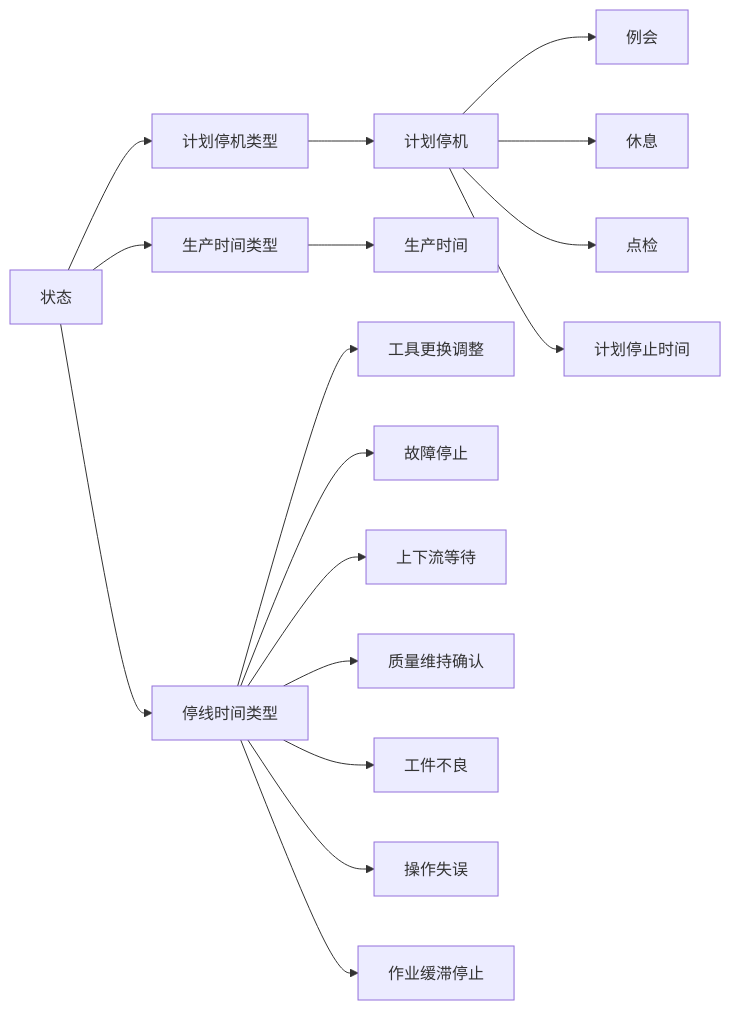
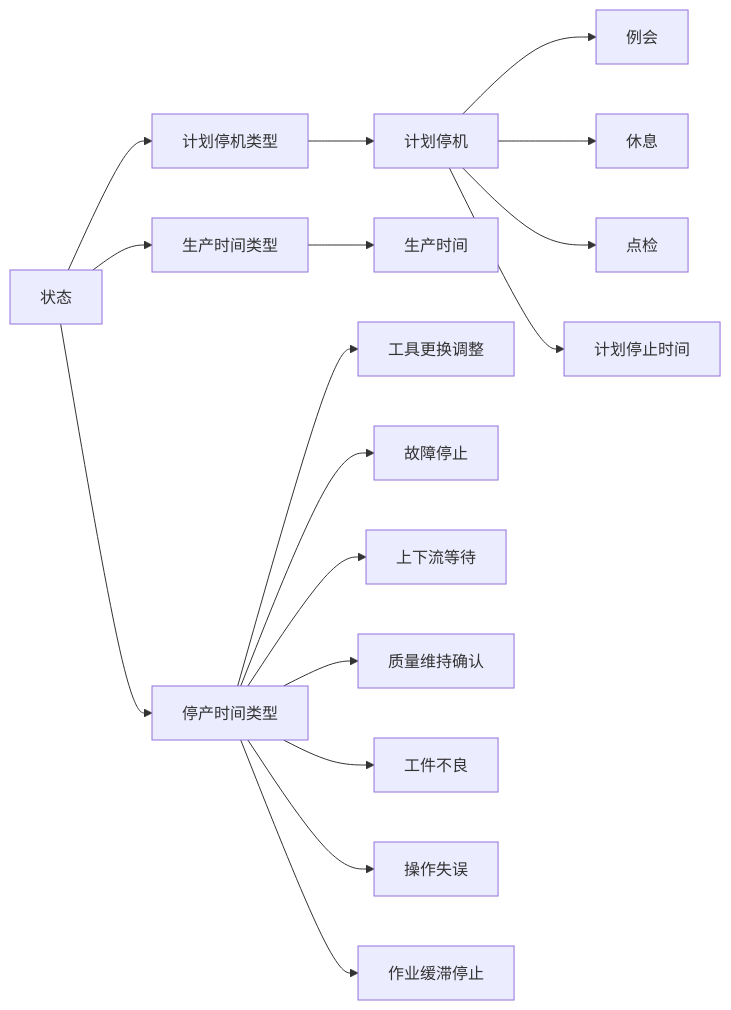
The second of 3 diagrams in dotnet/aspnet/Wta/be/src/Wta.Web/wwwroot/src/assets/docs/product/oee.md (nbaxp/examples), drawn with Mermaid before and after one commit. The commit also changed other lines of this file and 9 other files, not shown here.

````diff
--- a/dotnet/aspnet/Wta/be/src/Wta.Web/wwwroot/src/assets/docs/product/oee.md
+++ b/dotnet/aspnet/Wta/be/src/Wta.Web/wwwroot/src/assets/docs/product/oee.md
@@ -17,18 +19,18 @@
 ```mermaid
 flowchart LR
 状态-->计划停机类型-->计划停机
 计划停机-->例会
 计划停机-->休息
 计划停机-->点检
 计划停机-->计划停止时间
 状态-->生产时间类型-->生产时间
-状态-->停线时间类型
-停线时间类型-->工具更换调整
-停线时间类型-->故障停止
-停线时间类型-->上下流等待
-停线时间类型-->质量维持确认
-停线时间类型-->工件不良
-停线时间类型-->操作失误
-停线时间类型-->作业缓滞停止
+状态-->停产时间类型
+停产时间类型-->工具更换调整
+停产时间类型-->故障停止
+停产时间类型-->上下流等待
+停产时间类型-->质量维持确认
+停产时间类型-->工件不良
+停产时间类型-->操作失误
+停产时间类型-->作业缓滞停止
 
 ```
````
